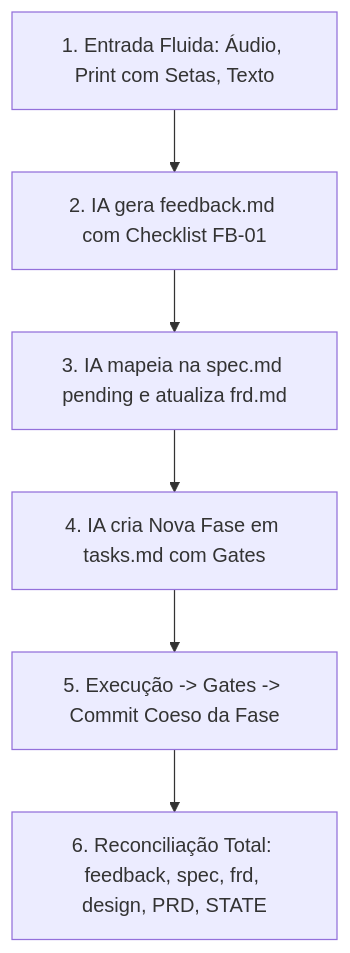
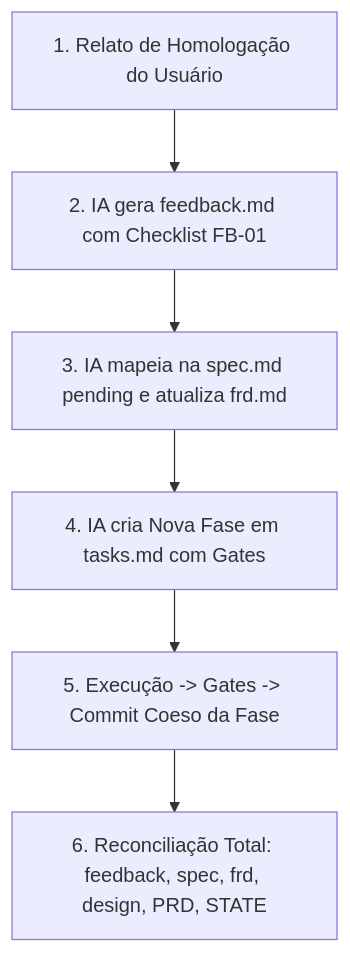
One commit to Kadu1992/kadu-skills-hub changed the diagram in skills/k-sdd/references/uat-feedback.md. Above: the diagram before and after it, drawn with Mermaid. The commit also changed other lines of this file and 1 other file, not shown here.

Commit message:
docs(skills): sincroniza k-sdd com foco conceitual limpo em living specs

````diff
--- a/skills/k-sdd/references/uat-feedback.md
+++ b/skills/k-sdd/references/uat-feedback.md
@@ -24,8 +24,8 @@
 ```mermaid
 graph TD
-    A[1. Entrada Fluida: Áudio, Print com Setas, Texto] --> B[2. IA gera feedback.md com Checklist FB-01]
+    A[1. Relato de Homologação do Usuário] --> B[2. IA gera feedback.md com Checklist FB-01]
     B --> C[3. IA mapeia na spec.md pending e atualiza frd.md]
     C --> D[4. IA cria Nova Fase em tasks.md com Gates]
     D --> E[5. Execução -> Gates -> Commit Coeso da Fase]
     E --> F[6. Reconciliação Total: feedback, spec, frd, design, PRD, STATE]
 ```
````
